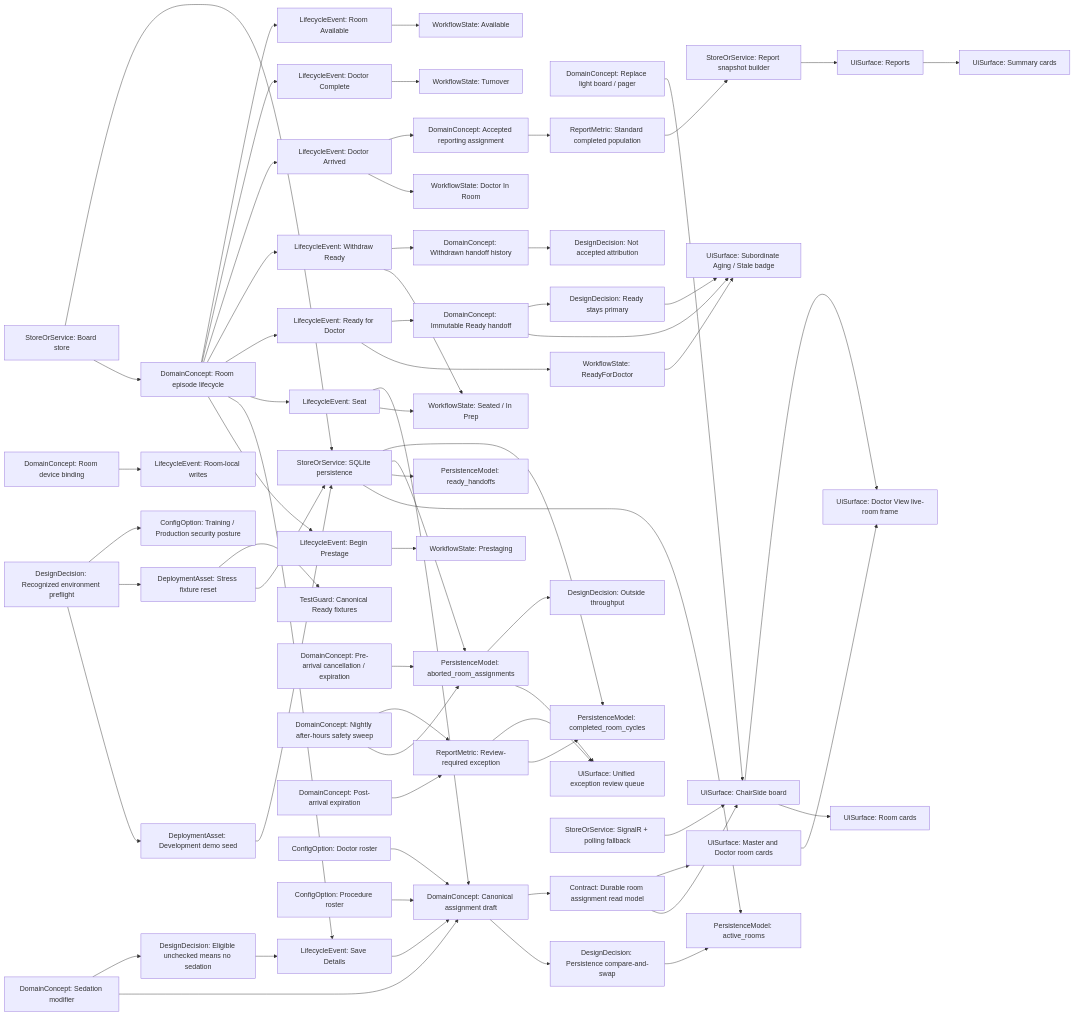
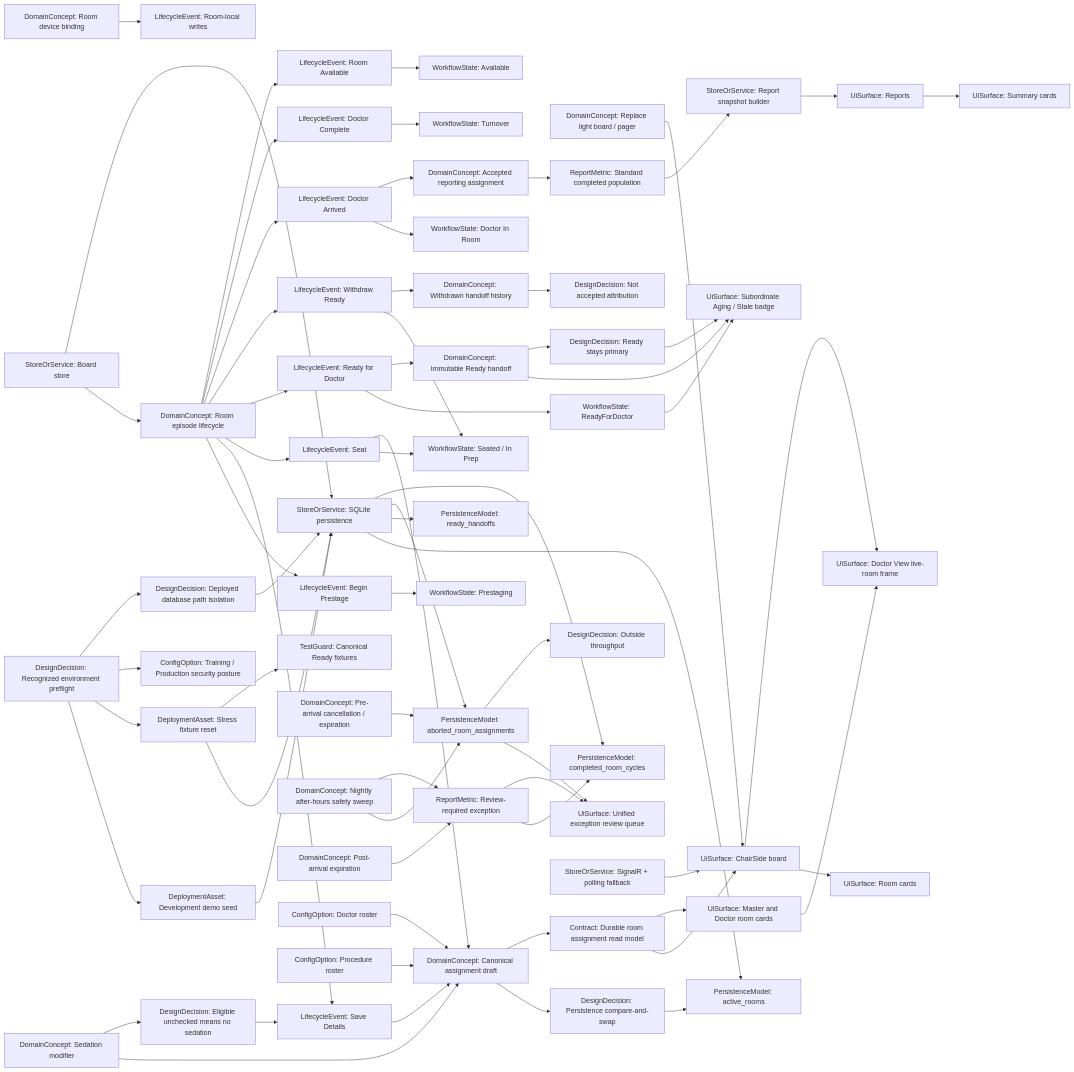
Before and after one commit to binary0rb/ChairSide: the diagram in docs/knowledge-graph/chairside.graph.md, drawn with Mermaid. The commit also changed other lines of this file and 17 other files, not shown here.

````diff
--- a/docs/knowledge-graph/chairside.graph.md
+++ b/docs/knowledge-graph/chairside.graph.md
@@ -7,76 +7,78 @@
 ```mermaid
 flowchart LR
     LightBoardReplacement["DomainConcept: Replace light board / pager"] --> BoardUi["UiSurface: ChairSide board"]
     BoardUi --> RoomCards["UiSurface: Room cards"]
     BoardUi --> DoctorView["UiSurface: Doctor read-only view"]
 
     RoomLifecycle["DomainConcept: Room episode lifecycle"] --> BeginPrestage["LifecycleEvent: Begin Prestage"]
     RoomLifecycle --> SaveDetails["LifecycleEvent: Save Details"]
     RoomLifecycle --> Seat["LifecycleEvent: Seat"]
     RoomLifecycle --> Ready["LifecycleEvent: Ready for Doctor"]
     RoomLifecycle --> Withdraw["LifecycleEvent: Withdraw Ready"]
     RoomLifecycle --> DoctorArrived["LifecycleEvent: Doctor Arrived"]
     RoomLifecycle --> DoctorComplete["LifecycleEvent: Doctor Complete"]
     RoomLifecycle --> RoomAvailable["LifecycleEvent: Room Available"]
 
     BeginPrestage --> Prestaging["WorkflowState: Prestaging"]
     Seat --> Seated["WorkflowState: Seated / In Prep"]
     Ready --> ReadyState["WorkflowState: ReadyForDoctor"]
     ReadyState --> ReadyUrgency["DomainConcept: Ready urgency None / Aging / Stale"]
     Withdraw --> Seated
     DoctorArrived --> InRoom["WorkflowState: Doctor In Room"]
     DoctorComplete --> Turnover["WorkflowState: Turnover"]
     RoomAvailable --> Available["WorkflowState: Available"]
 
     SaveDetails --> CanonicalAssignment["DomainConcept: Canonical assignment draft"]
     Seat --> CanonicalAssignment
     CanonicalAssignment --> CasGuard["DesignDecision: Persistence compare-and-swap"]
     Ready --> ReadyHandoff["DomainConcept: Immutable Ready handoff"]
     ReadyHandoff --> ReadyUrgency
     Withdraw --> WithdrawnHandoff["DomainConcept: Withdrawn handoff history"]
     DoctorArrived --> AcceptedHandoff["DomainConcept: Accepted reporting assignment"]
 
     BoardStore["StoreOrService: Board store"] --> RoomLifecycle
     BoardStore --> Persistence["StoreOrService: SQLite persistence"]
     Persistence --> ActiveRooms["PersistenceModel: active_rooms"]
     Persistence --> Handoffs["PersistenceModel: ready_handoffs"]
     Persistence --> Aborts["PersistenceModel: aborted_room_assignments"]
     Persistence --> Cycles["PersistenceModel: completed_room_cycles"]
     CasGuard --> ActiveRooms
 
     PreArrivalTermination["DomainConcept: Pre-arrival cancellation / expiration"] --> Aborts
     AfterHoursSweep["DomainConcept: Nightly after-hours safety sweep"] --> Aborts
     AfterHoursSweep --> ReviewException
     PostArrivalExpiration["DomainConcept: Post-arrival expiration"] --> ReviewException["ReportMetric: Review-required exception"]
     ReviewException --> Cycles
     Aborts --> UnifiedReview["UiSurface: Unified exception review queue"]
     ReviewException --> UnifiedReview
 
     Reports["UiSurface: Reports"] --> SummaryCards["UiSurface: Summary cards"]
     ReportsBuilder["StoreOrService: Report snapshot builder"] --> Reports
     AcceptedHandoff --> StandardPopulation["ReportMetric: Standard completed population"]
     StandardPopulation --> ReportsBuilder
     WithdrawnHandoff --> AuditOnly["DesignDecision: Not accepted attribution"]
     Aborts --> OutsideThroughput["DesignDecision: Outside throughput"]
 
     DoctorRoster["ConfigOption: Doctor roster"] --> CanonicalAssignment
     ProcedureRoster["ConfigOption: Procedure roster"] --> CanonicalAssignment
     SedationModifier["DomainConcept: Sedation modifier"] --> CanonicalAssignment
     SedationModifier --> OptionalSedation["DesignDecision: Eligible unchecked means no sedation"]
     OptionalSedation --> SaveDetails
     CanonicalAssignment --> RoomReadModel["Contract: Durable room assignment read model"]
     RoomReadModel --> BoardUi
     RoomReadModel --> SharedRoomCards["UiSurface: Master and Doctor room cards"]
     ReadyHandoff --> ReadyPrimary["DesignDecision: Ready stays primary"]
     ReadyPrimary --> ReadyUrgency["UiSurface: Subordinate Aging / Stale badge"]
     SharedRoomCards --> DoctorView["UiSurface: Doctor View live-room frame"]
     DeviceBinding["DomainConcept: Room device binding"] --> Mutations["LifecycleEvent: Room-local writes"]
     Realtime["StoreOrService: SignalR + polling fallback"] --> BoardUi
 
     DevelopmentSeed["DeploymentAsset: Development demo seed"] --> Persistence
     EnvironmentPolicy["DesignDecision: Recognized environment preflight"] --> DevelopmentSeed
     EnvironmentPolicy --> MaintenanceReset
     EnvironmentPolicy --> DeployedSecurity["ConfigOption: Training / Production security posture"]
+    EnvironmentPolicy --> DatabaseIsolation["DesignDecision: Deployed database path isolation"]
+    DatabaseIsolation --> Persistence
     MaintenanceReset["DeploymentAsset: Stress fixture reset"] --> Persistence
     MaintenanceReset --> CanonicalFixtures["TestGuard: Canonical Ready fixtures"]
 ```
````
